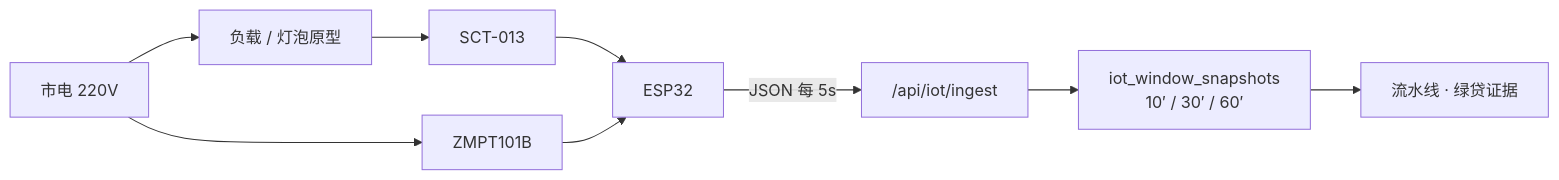
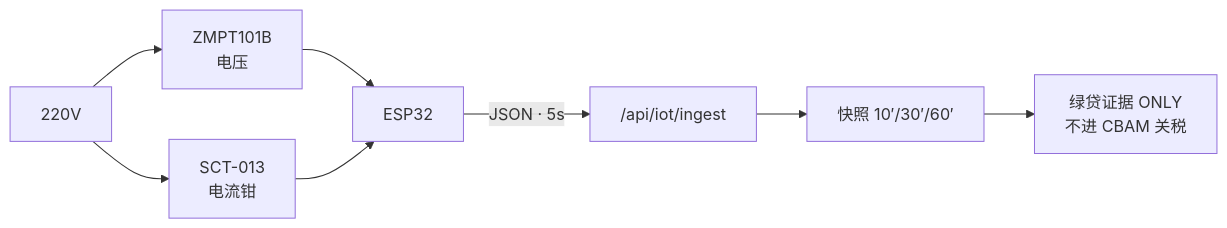
One commit to pennythewise/GreenGru changed the fourth of 6 diagrams in README.md. Above: the diagram before and after it, drawn with Mermaid. The commit also changed other lines of this file and 1 other file, not shown here.

````diff
--- a/README.md
+++ b/README.md
@@ -171,11 +113,10 @@
 ```mermaid
 flowchart LR
-  GRID["市电 220V"] --> LOAD["负载 / 灯泡原型"]
-  LOAD --> CT["SCT-013"]
-  GRID --> VT["ZMPT101B"]
-  CT --> ESP32["ESP32"]
-  VT --> ESP32
-  ESP32 -->|"JSON 每 5s"| API["/api/iot/ingest"]
-  API --> WIN["iot_window_snapshots<br/>10′ / 30′ / 60′"]
-  WIN --> PIPE["流水线 · 绿贷证据"]
+  AC["220V"] --> VT["ZMPT101B<br/>电压"]
+  AC --> CT["SCT-013<br/>电流钳"]
+  VT --> ESP["ESP32"]
+  CT --> ESP
+  ESP -->|"JSON · 5s"| API["/api/iot/ingest"]
+  API --> SNAP["快照 10′/30′/60′"]
+  SNAP --> FIN["绿贷证据 ONLY<br/>不进 CBAM 关税"]
 ```
````
